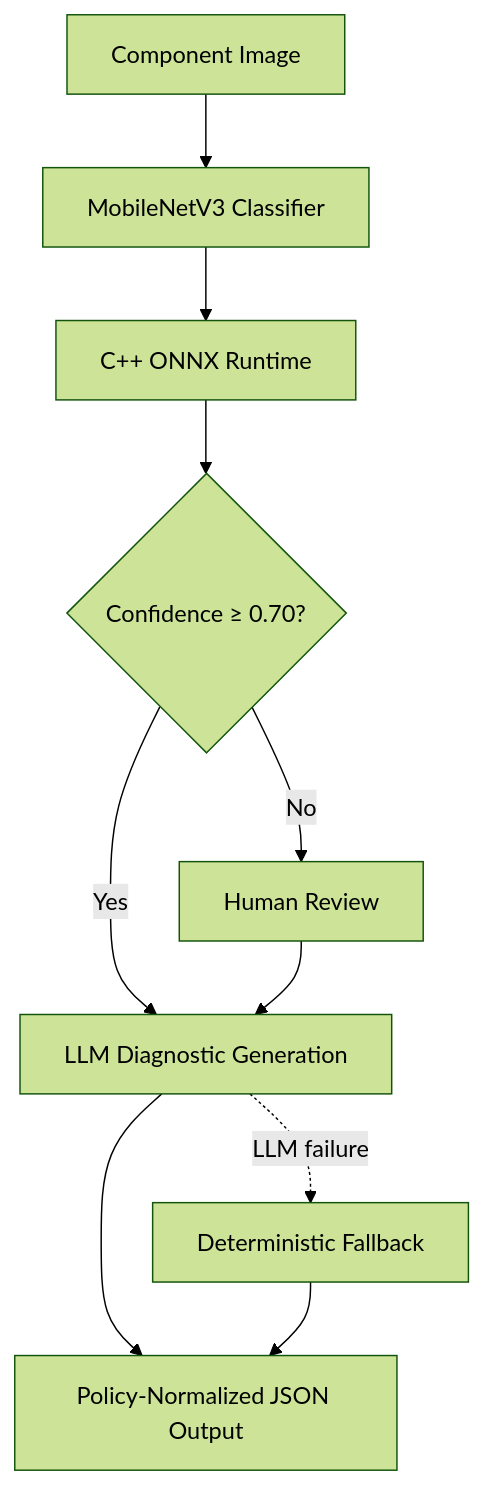
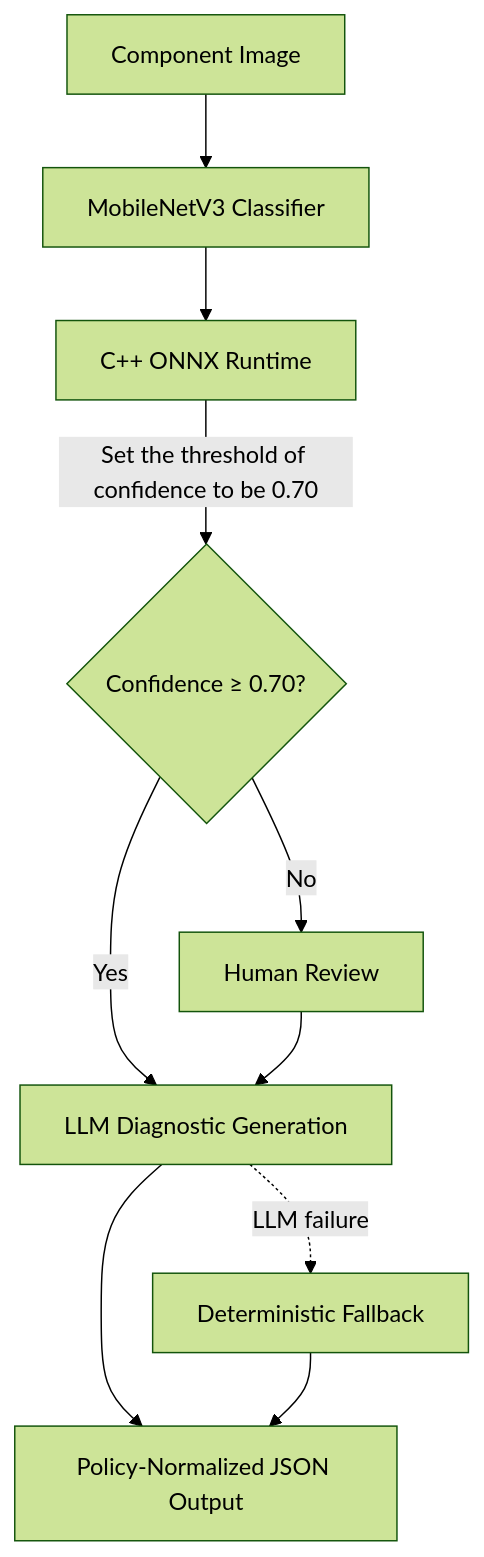
Before and after one commit to ChenKC863/AI-Agent-Driven-Vision-LLM-Diagnostic-System-for-Electronic-Components: the diagram in README.md, drawn with Mermaid (forest theme).

Commit message:
Update flowchart to clarify confidence threshold

````diff
--- a/README.md
+++ b/README.md
@@ -59,12 +59,12 @@
 ```mermaid
 flowchart TD
     A["Component Image"] --> B["MobileNetV3 Classifier"]
     B --> C["C++ ONNX Runtime"]
-    C --> D{"Confidence ≥ 0.70?"}
+    C -->|Set the threshold of confidence to be 0.70| D{"Confidence ≥ 0.70?"}
     D -->|Yes| E["LLM Diagnostic Generation"]
     D -->|No| F["Human Review"]
     F --> E
     E --> G["Policy-Normalized JSON Output"]
     E -. "LLM failure" .-> H["Deterministic Fallback"]
     H --> G
 ```
````
